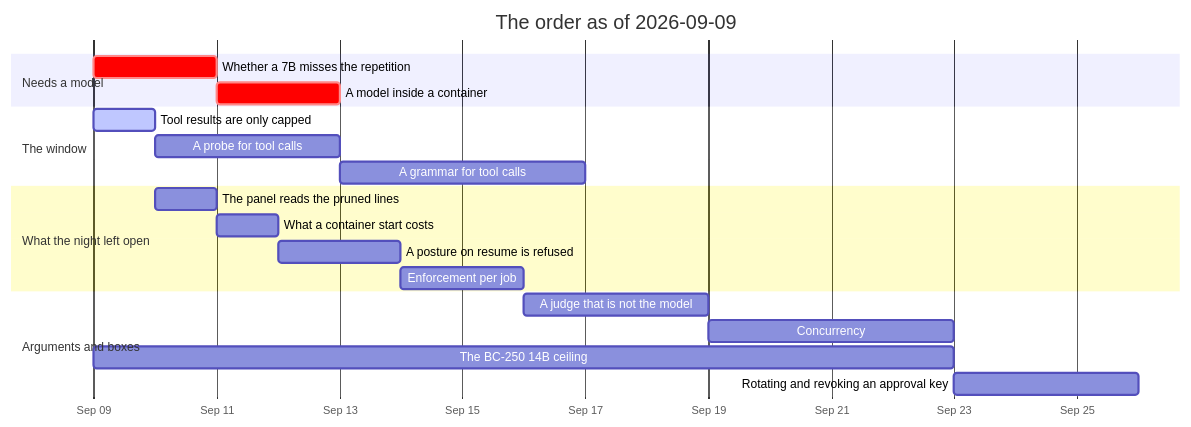
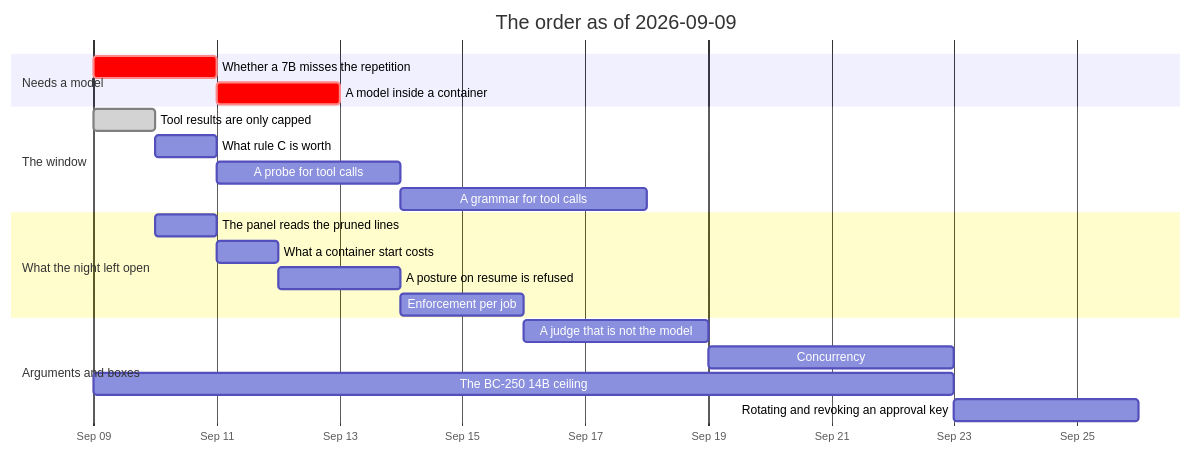
Before and after one commit to jgermade/luu: the diagram in ROADMAP/2026-09-09/README.md, drawn with Mermaid. The commit also changed other lines of this file and 4 other files, not shown here.

````diff
--- a/ROADMAP/2026-09-09/README.md
+++ b/ROADMAP/2026-09-09/README.md
@@ -83,23 +84,24 @@
 ```mermaid
 gantt
     title The order as of 2026-09-09
     dateFormat YYYY-MM-DD
     axisFormat %b %d
     section Needs a model
     Whether a 7B misses the repetition     :crit, rep, 2026-09-09, 2d
     A model inside a container             :crit, ctr, after rep, 2d
     section The window
-    Tool results are only capped           :active, steps, 2026-09-09, 1d
-    A probe for tool calls                 :probe, after steps, 3d
+    Tool results are only capped           :done, steps, 2026-09-09, 1d
+    What rule C is worth                   :worth, after steps, 1d
+    A probe for tool calls                 :probe, after worth, 3d
     A grammar for tool calls               :gbnf, after probe, 4d
     section What the night left open
     The panel reads the pruned lines       :trace, after steps, 1d
     What a container start costs           :cost, after trace, 1d
     A posture on resume is refused         :posture, after cost, 2d
     Enforcement per job                    :enf, after posture, 2d
     section Arguments and boxes
     A judge that is not the model          :judge, after enf, 3d
     Concurrency                            :conc, after judge, 4d
     The BC-250 14B ceiling                 :bc250, 2026-09-09, 14d
     Rotating and revoking an approval key  :keys, after conc, 3d
 ```
````
